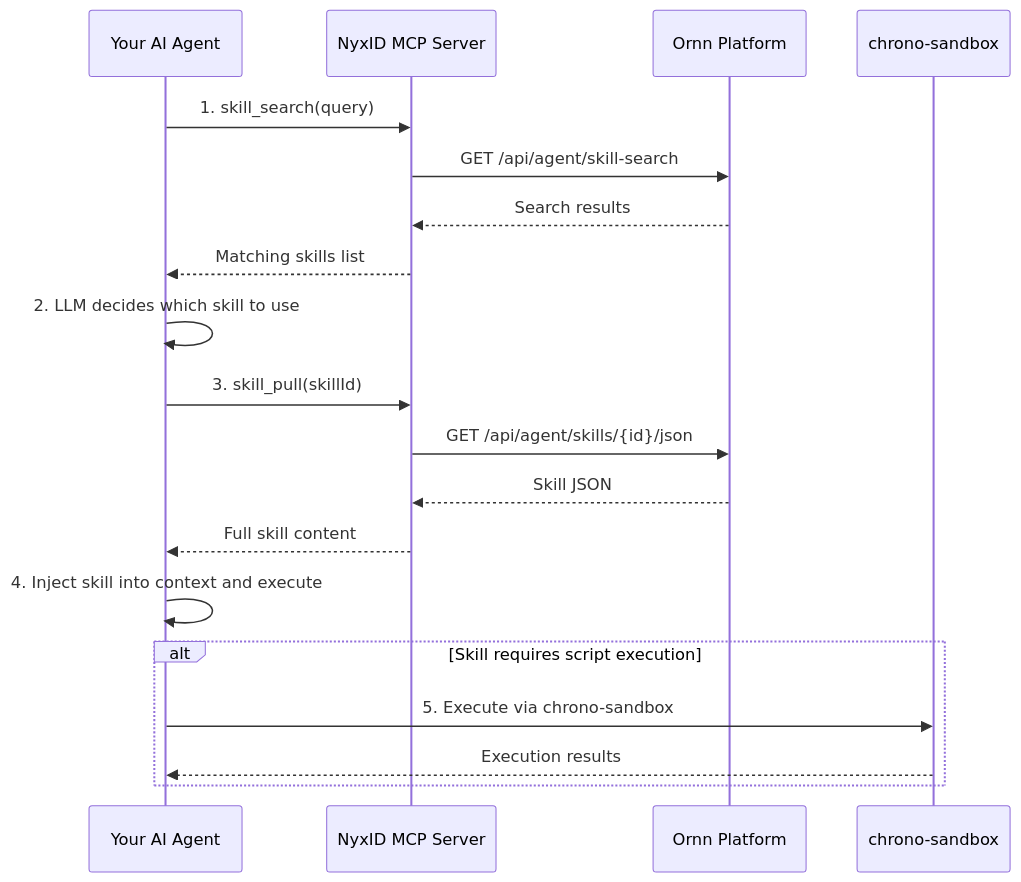
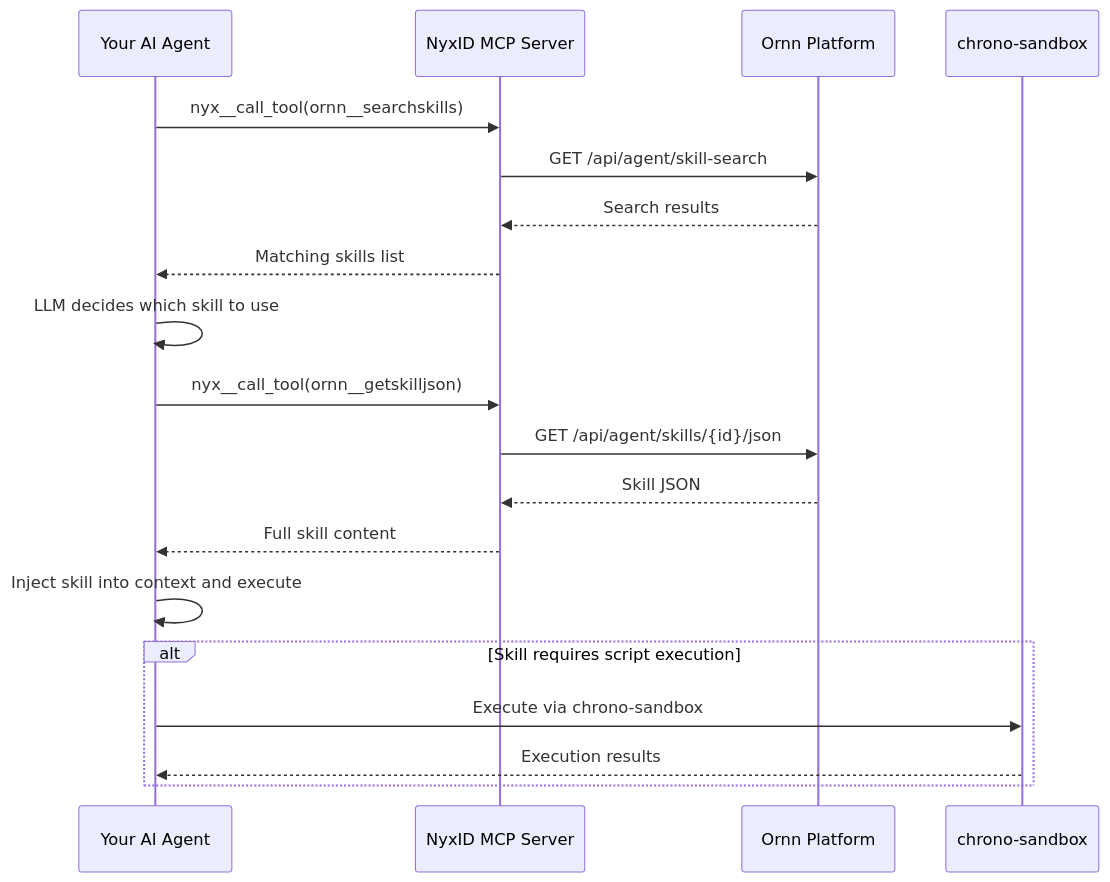
Before and after one commit to aevatarAI/chrono-ornn: the diagram in ornn-skill/docs/site/en/qs-agent-dev.md, drawn with Mermaid. The commit also changed other lines of this file and 14 other files, not shown here.

First line of the commit message:
feat: add ornn core skills, multi-platform agent support, and v0.1.3 release

````diff
--- a/ornn-skill/docs/site/en/qs-agent-dev.md
+++ b/ornn-skill/docs/site/en/qs-agent-dev.md
@@ -11,26 +199,26 @@
 ```mermaid
 sequenceDiagram
     participant Agent as Your AI Agent
     participant MCP as NyxID MCP Server
     participant Ornn as Ornn Platform
     participant Sandbox as chrono-sandbox
 
-    Agent->>MCP: 1. skill_search(query)
+    Agent->>MCP: nyx__call_tool(ornn__searchskills)
     MCP->>Ornn: GET /api/agent/skill-search
     Ornn-->>MCP: Search results
     MCP-->>Agent: Matching skills list
 
-    Agent->>Agent: 2. LLM decides which skill to use
+    Agent->>Agent: LLM decides which skill to use
 
-    Agent->>MCP: 3. skill_pull(skillId)
+    Agent->>MCP: nyx__call_tool(ornn__getskilljson)
     MCP->>Ornn: GET /api/agent/skills/{id}/json
     Ornn-->>MCP: Skill JSON
     MCP-->>Agent: Full skill content
 
-    Agent->>Agent: 4. Inject skill into context and execute
+    Agent->>Agent: Inject skill into context and execute
 
     alt Skill requires script execution
-        Agent->>Sandbox: 5. Execute via chrono-sandbox
+        Agent->>Sandbox: Execute via chrono-sandbox
         Sandbox-->>Agent: Execution results
     end
 ```
````
